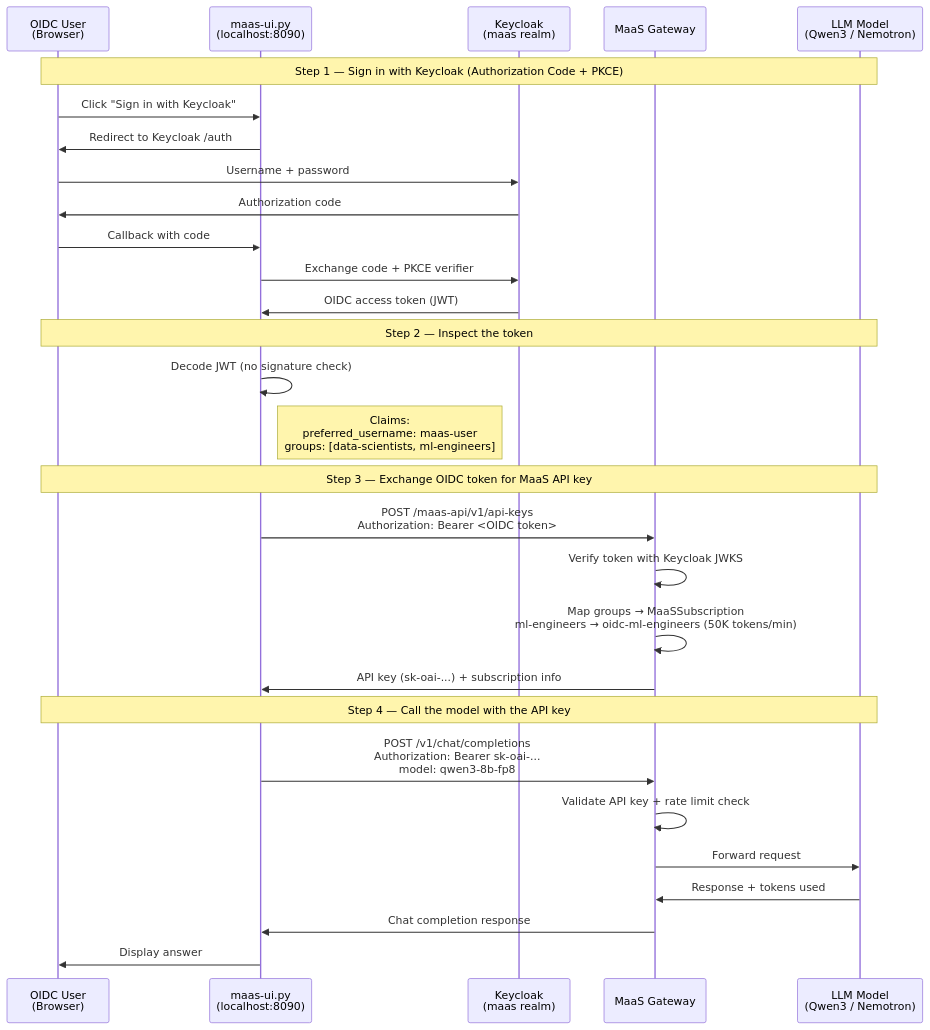
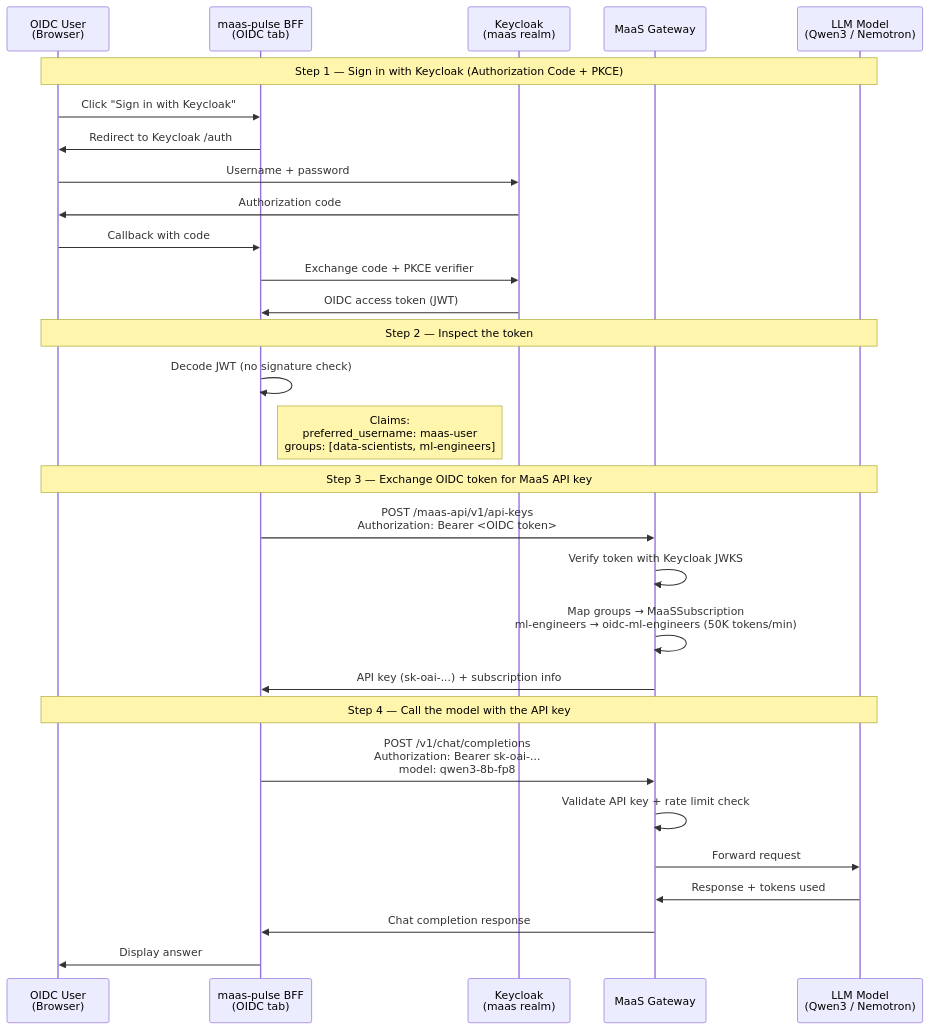
The third of 3 diagrams in README.md (Sheryl-shiyi/maas-pulse), drawn with Mermaid before and after one commit. The commit also changed other lines of this file, not shown here.

Commit message:
Update README to reflect integrated OIDC tab and auto-derived issuer URL

````diff
--- a/README.md
+++ b/README.md
@@ -200,35 +205,35 @@
 ```mermaid
 sequenceDiagram
     participant U as OIDC User<br/>(Browser)
-    participant APP as maas-ui.py<br/>(localhost:8090)
+    participant APP as maas-pulse BFF<br/>(OIDC tab)
     participant KC as Keycloak<br/>(maas realm)
     participant MAAS as MaaS Gateway
     participant MODEL as LLM Model<br/>(Qwen3 / Nemotron)
 
     Note over U,MODEL: Step 1 — Sign in with Keycloak (Authorization Code + PKCE)
     U->>APP: Click "Sign in with Keycloak"
     APP->>U: Redirect to Keycloak /auth
     U->>KC: Username + password
     KC->>U: Authorization code
     U->>APP: Callback with code
     APP->>KC: Exchange code + PKCE verifier
     KC->>APP: OIDC access token (JWT)
 
     Note over U,MODEL: Step 2 — Inspect the token
     APP->>APP: Decode JWT (no signature check)
     Note right of APP: Claims:<br/>preferred_username: maas-user<br/>groups: [data-scientists, ml-engineers]
 
     Note over U,MODEL: Step 3 — Exchange OIDC token for MaaS API key
     APP->>MAAS: POST /maas-api/v1/api-keys<br/>Authorization: Bearer <OIDC token>
     MAAS->>MAAS: Verify token with Keycloak JWKS
     MAAS->>MAAS: Map groups → MaaSSubscription<br/>ml-engineers → oidc-ml-engineers (50K tokens/min)
     MAAS->>APP: API key (sk-oai-...) + subscription info
 
     Note over U,MODEL: Step 4 — Call the model with the API key
     APP->>MAAS: POST /v1/chat/completions<br/>Authorization: Bearer sk-oai-...<br/>model: qwen3-8b-fp8
     MAAS->>MAAS: Validate API key + rate limit check
     MAAS->>MODEL: Forward request
     MODEL->>MAAS: Response + tokens used
     MAAS->>APP: Chat completion response
     APP->>U: Display answer
 ```
````
